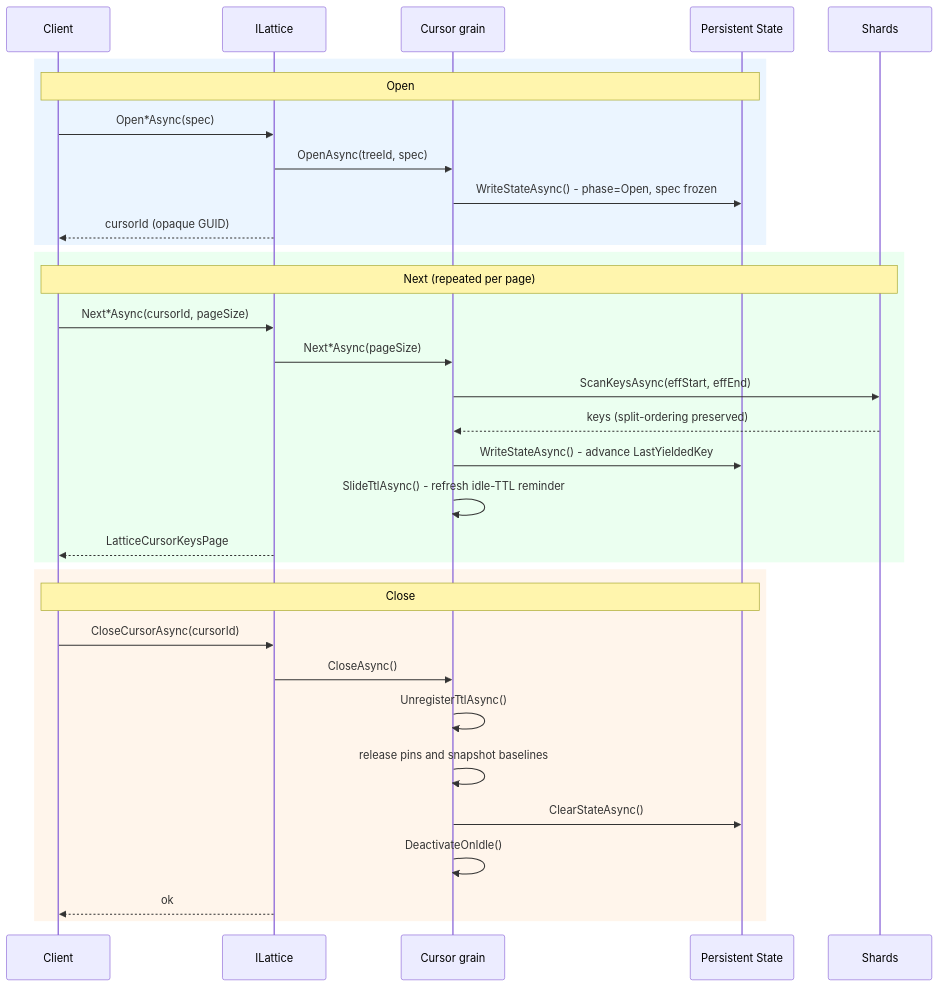
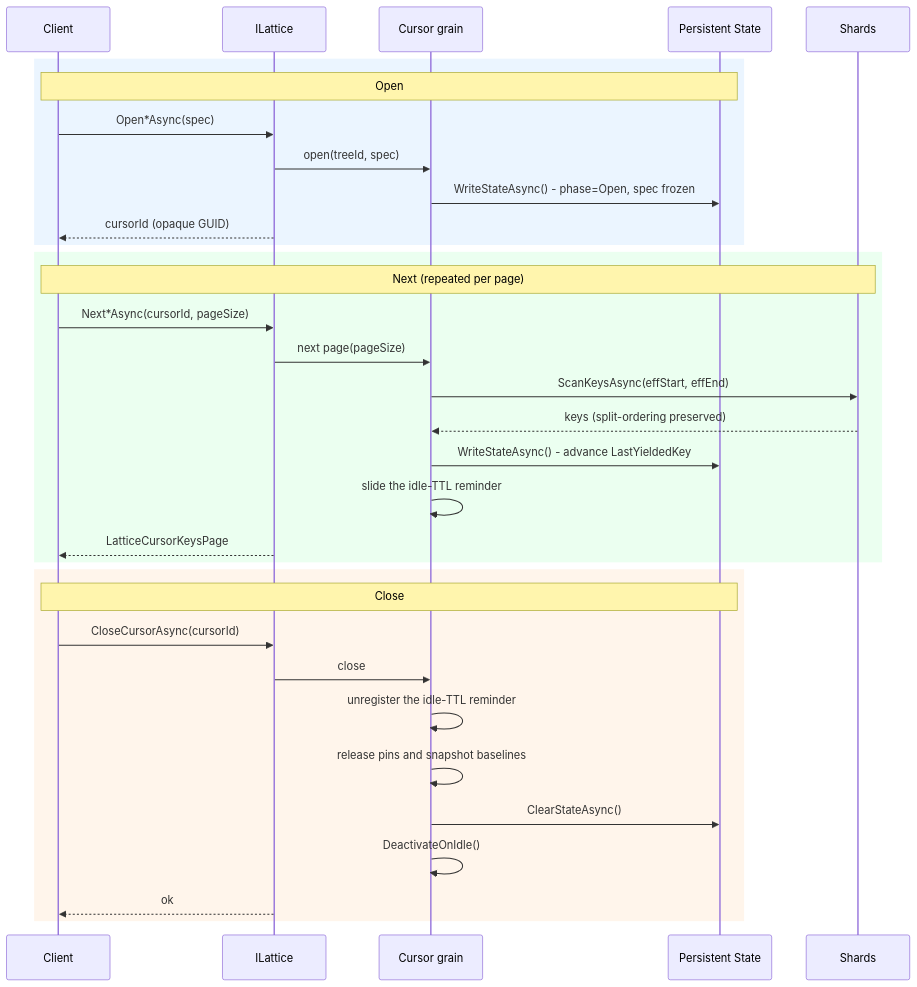
Before and after one commit to NSTA1/Orleans.Lattice: the first of 4 diagrams in docs/lattice/durable-cursors.md, drawn with Mermaid. The commit also changed other lines of this file and 394 other files, not shown here.

````diff
--- a/docs/lattice/durable-cursors.md
+++ b/docs/lattice/durable-cursors.md
@@ -44,38 +45,38 @@
 ```mermaid
 sequenceDiagram
     participant C as Client
     participant L as ILattice
     participant G as Cursor grain
     participant P as Persistent State
     participant S as Shards
 
     rect rgb(235,245,255)
         Note over C,P: Open
         C->>L: Open*Async(spec)
-        L->>G: OpenAsync(treeId, spec)
+        L->>G: open(treeId, spec)
         G->>P: WriteStateAsync() - phase=Open, spec frozen
         L-->>C: cursorId (opaque GUID)
     end
 
     rect rgb(235,255,240)
         Note over C,S: Next (repeated per page)
         C->>L: Next*Async(cursorId, pageSize)
-        L->>G: Next*Async(pageSize)
+        L->>G: next page(pageSize)
         G->>S: ScanKeysAsync(effStart, effEnd)
         S-->>G: keys (split-ordering preserved)
         G->>P: WriteStateAsync() - advance LastYieldedKey
-        G->>G: SlideTtlAsync() - refresh idle-TTL reminder
+        G->>G: slide the idle-TTL reminder
         L-->>C: LatticeCursorKeysPage
     end
 
     rect rgb(255,245,235)
         Note over C,P: Close
         C->>L: CloseCursorAsync(cursorId)
-        L->>G: CloseAsync()
-        G->>G: UnregisterTtlAsync()
+        L->>G: close
+        G->>G: unregister the idle-TTL reminder
         G->>G: release pins and snapshot baselines
         G->>P: ClearStateAsync()
         G->>G: DeactivateOnIdle()
         L-->>C: ok
     end
 ```
````
